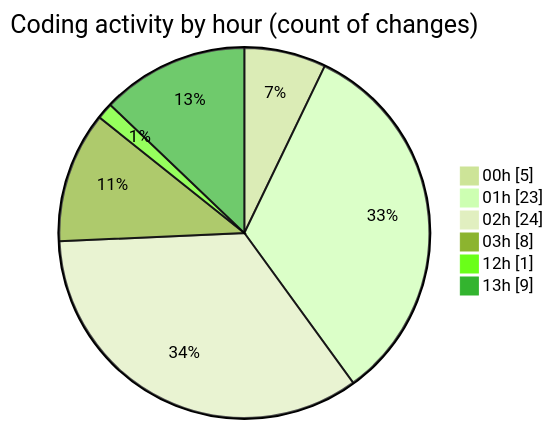
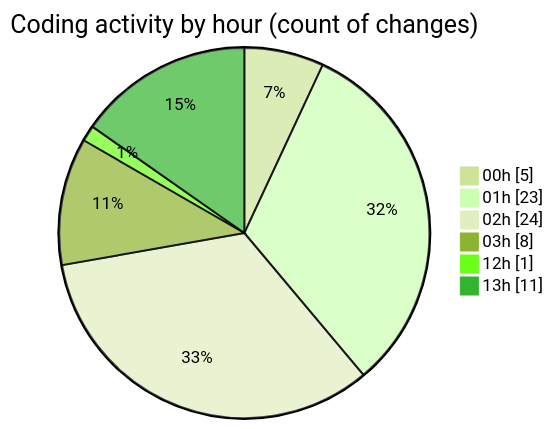
One commit to julien-gomy/code-tracking changed the second of 2 diagrams in 2025-11-06/usr_aleoudev_fr__workspace_/README.md. Above: the diagram before and after it, drawn with Mermaid (forest theme). The commit also changed other lines of this file and 1 other file, not shown here.

````diff
--- a/2025-11-06/usr_aleoudev_fr__workspace_/README.md
+++ b/2025-11-06/usr_aleoudev_fr__workspace_/README.md
@@ -33,10 +33,10 @@
 ```mermaid
 pie showData
 title Coding activity by hour (count of changes)
 "00h" : 5
 "01h" : 23
 "02h" : 24
 "03h" : 8
 "12h" : 1
-"13h" : 9
+"13h" : 11
 ```
````
